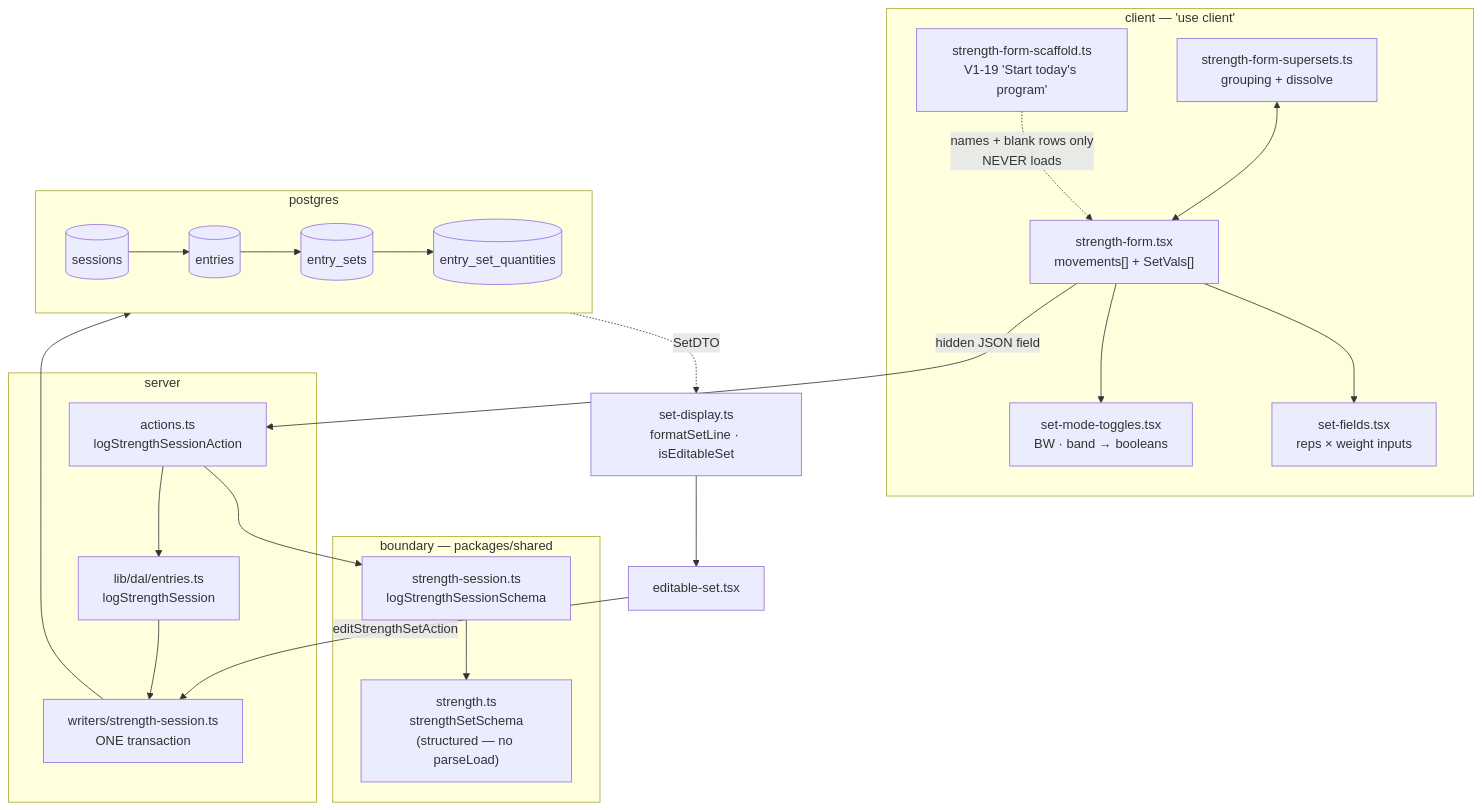
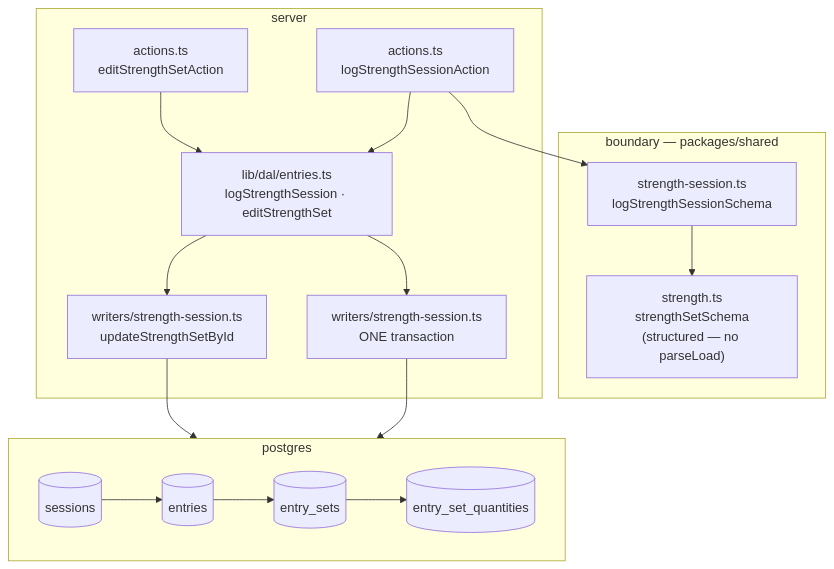
One commit to ralamode/mat-plan changed the diagram in docs/features/strength-logging.md. Above: the diagram before and after it, drawn with Mermaid. The commit also changed other lines of this file and 33 other files, not shown here.

Commit message:
chore(fam-1-12f): delete the old strength log form and the reads only it used (#725)

````diff
--- a/docs/features/strength-logging.md
+++ b/docs/features/strength-logging.md
@@ -72,36 +58,23 @@
 ```mermaid
 flowchart TD
-  subgraph client["client — 'use client'"]
-    FORM["strength-form.tsx<br/>movements[] + SetVals[]"]
-    FIELDS["set-fields.tsx<br/>reps × weight inputs"]
-    CHIPS["set-mode-toggles.tsx<br/>BW · band → booleans"]
-    SCAFFOLD["strength-form-scaffold.ts<br/>V1-19 'Start today's program'"]
-    SUPERSETS["strength-form-supersets.ts<br/>grouping + dissolve"]
-  end
-
   subgraph boundary["boundary — packages/shared"]
     SETSCHEMA["strength.ts<br/>strengthSetSchema<br/>(structured — no parseLoad)"]
     SESSIONSCHEMA["strength-session.ts<br/>logStrengthSessionSchema"]
   end
 
   subgraph server["server"]
     ACTION["actions.ts<br/>logStrengthSessionAction"]
-    DAL["lib/dal/entries.ts<br/>logStrengthSession"]
+    EDITACTION["actions.ts<br/>editStrengthSetAction"]
+    DAL["lib/dal/entries.ts<br/>logStrengthSession · editStrengthSet"]
     WRITER["writers/strength-session.ts<br/>ONE transaction"]
+    EDIT["writers/strength-session.ts<br/>updateStrengthSetById"]
   end
 
   subgraph db["postgres"]
     SESS[(sessions)] --> ENT[(entries)] --> SETS[(entry_sets)] --> QTY[(entry_set_quantities)]
   end
 
-  SCAFFOLD -.->|"names + blank rows only<br/>NEVER loads"| FORM
-  FORM --> FIELDS & CHIPS
-  SUPERSETS <--> FORM
-  FORM -->|"hidden JSON field"| ACTION
   ACTION --> SESSIONSCHEMA --> SETSCHEMA
   ACTION --> DAL --> WRITER --> db
-
-  READ["set-display.ts<br/>formatSetLine · isEditableSet"] --> EDIT["editable-set.tsx"]
-  db -.->|"SetDTO"| READ
-  EDIT -->|"editStrengthSetAction"| WRITER
+  EDITACTION --> DAL --> EDIT --> db
 ```
````
